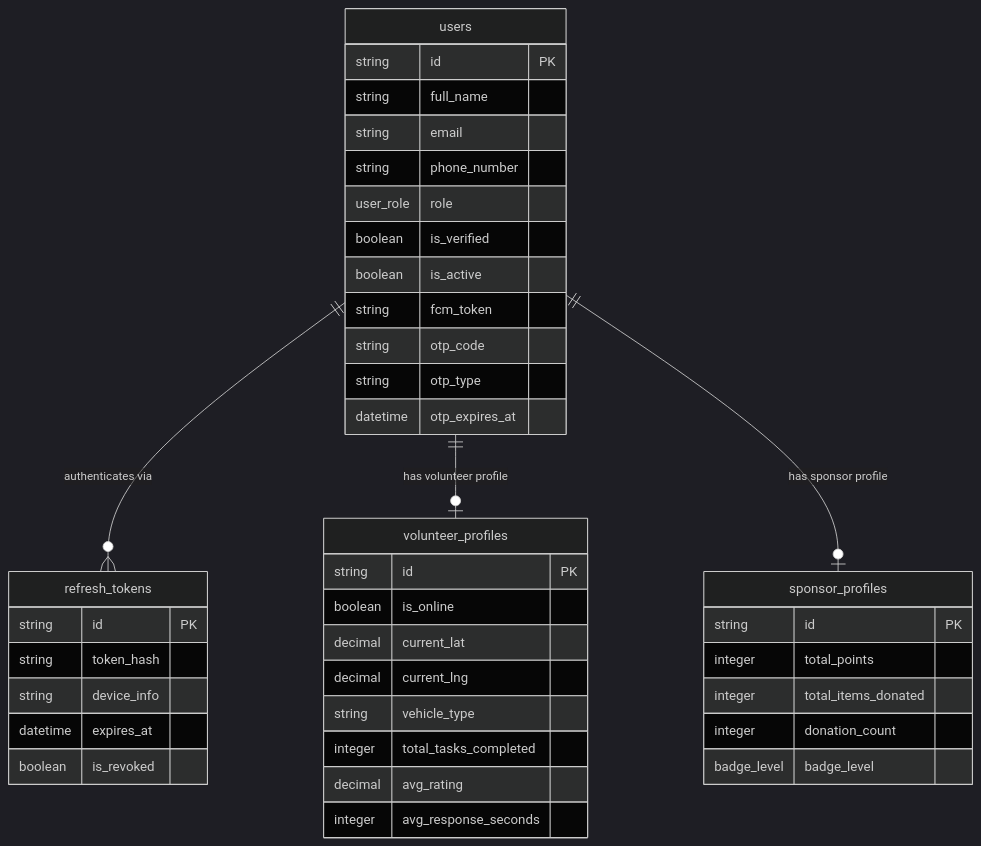
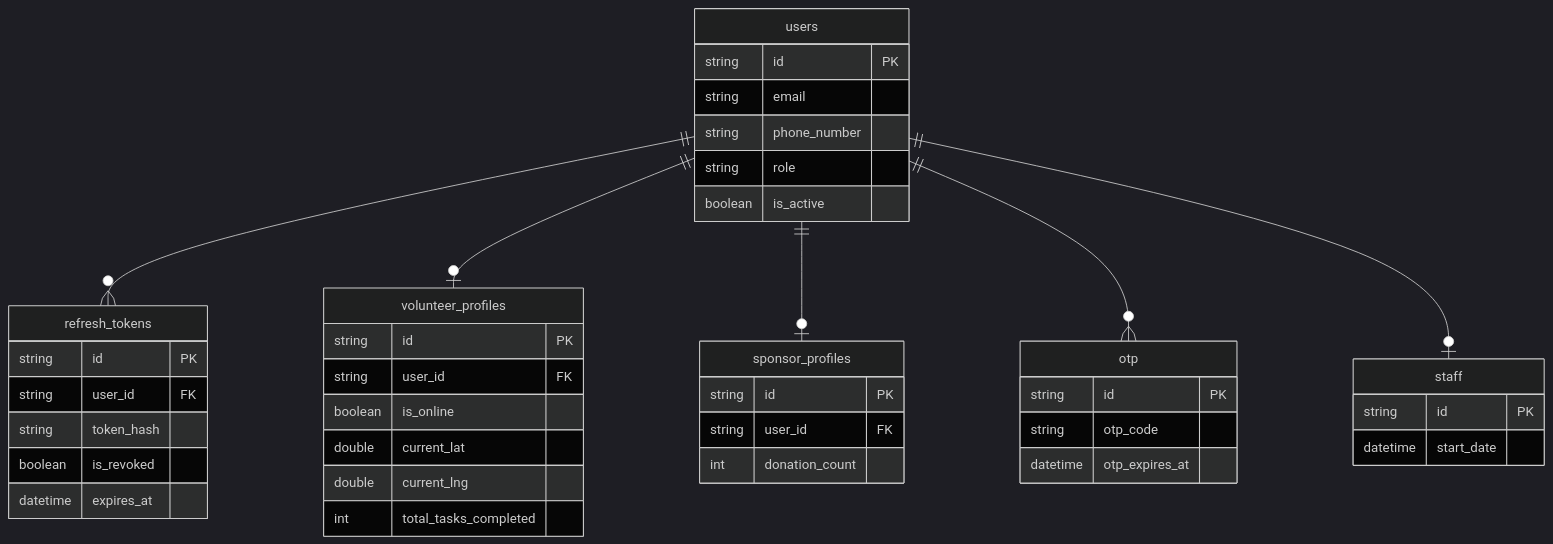
One commit to phatnguyen975/AidBridge changed the second of 6 diagrams in docs/database/md/erd.md. Above: the diagram before and after it, drawn with Mermaid (dark theme). The commit also changed other lines of this file and 11 other files, not shown here.

Commit message:
chores: update erd

````diff
--- a/docs/database/md/erd.md
+++ b/docs/database/md/erd.md
@@ -349,47 +350,45 @@
 ```mermaid
 erDiagram
     users {
         string id PK
-        string full_name
         string email
         string phone_number
-        user_role role
-        boolean is_verified
+        string role
         boolean is_active
-        string fcm_token
+    }
+    refresh_tokens {
+        string id PK
+        string user_id FK
+        string token_hash
+        boolean is_revoked
+        datetime expires_at
+    }
+    volunteer_profiles {
+        string id PK
+        string user_id FK
+        boolean is_online
+        double current_lat
+        double current_lng
+        int total_tasks_completed
+    }
+    sponsor_profiles {
+        string id PK
+        string user_id FK
+        int donation_count
+    }
+    otp {
+        string id PK
         string otp_code
-        string otp_type
         datetime otp_expires_at
     }
-
-    refresh_tokens {
+    staff {
         string id PK
-        string token_hash
-        string device_info
-        datetime expires_at
-        boolean is_revoked
+        datetime start_date
     }
 
-    volunteer_profiles {
-        string id PK
-        boolean is_online
-        decimal current_lat
-        decimal current_lng
-        string vehicle_type
-        integer total_tasks_completed
-        decimal avg_rating
-        integer avg_response_seconds
-    }
-
-    sponsor_profiles {
-        string id PK
-        integer total_points
-        integer total_items_donated
-        integer donation_count
-        badge_level badge_level
-    }
-
-    users ||--o{ refresh_tokens     : "authenticates via"
-    users ||--o| volunteer_profiles : "has volunteer profile"
-    users ||--o| sponsor_profiles   : "has sponsor profile"
+    users ||--o{ refresh_tokens : ""
+    users ||--o| volunteer_profiles : ""
+    users ||--o| sponsor_profiles : ""
+    users ||--o{ otp : ""
+    users ||--o| staff : ""
 ```
````
